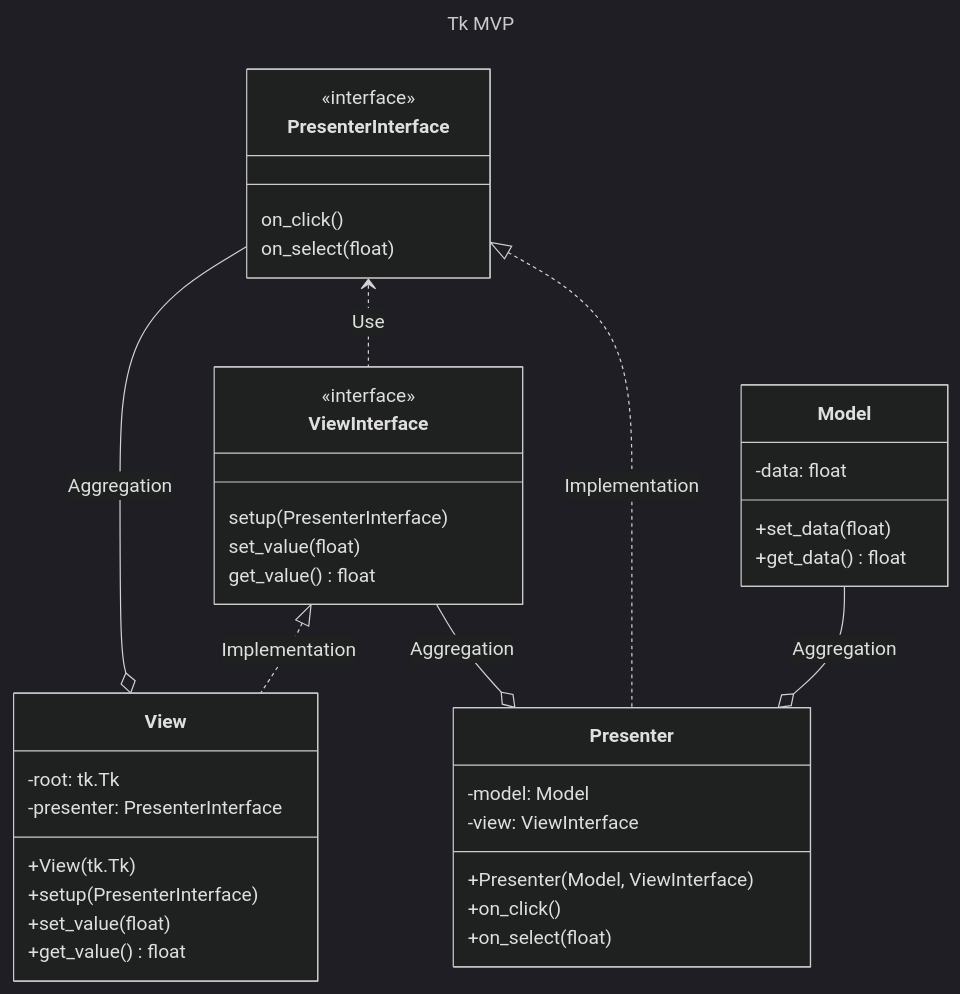
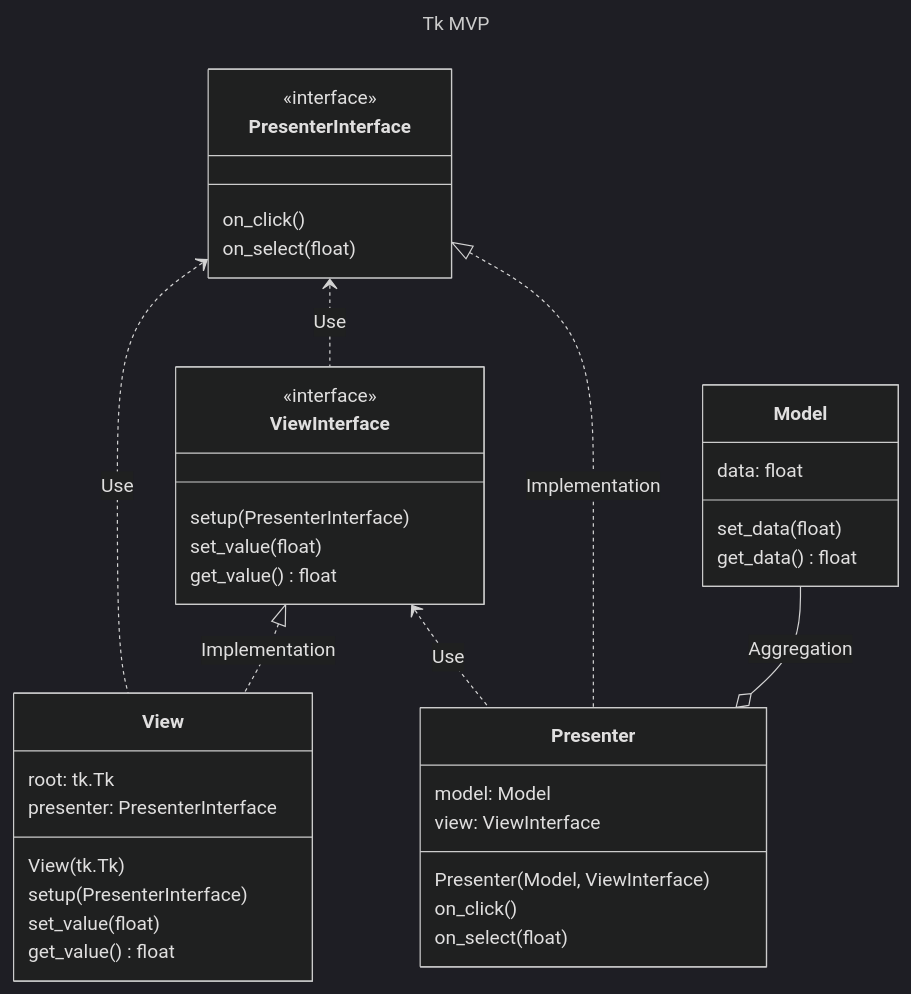
Before and after one commit to ziteh/python-tk-mvp: the diagram in README.md, drawn with Mermaid (dark theme).

````diff
--- a/README.md
+++ b/README.md
@@ -13,48 +13,48 @@
 ```mermaid
 ---
 title: Tk MVP
 ---
 classDiagram
     direction TB
 
     class PresenterInterface {
         <<interface>>
         on_click()
         on_select(float)
     }
     class Presenter {
-        -model: Model
-        -view: ViewInterface
-        +Presenter(Model, ViewInterface)
-        +on_click()
-        +on_select(float)
+        model: Model
+        view: ViewInterface
+        Presenter(Model, ViewInterface)
+        on_click()
+        on_select(float)
     }
 
     class ViewInterface {
         <<interface>>
         setup(PresenterInterface)
         set_value(float)
         get_value() float
     }
     class View {
-        -root: tk.Tk
-        -presenter: PresenterInterface
-        +View(tk.Tk)
-        +setup(PresenterInterface)
-        +set_value(float)
-        +get_value() float 
+        root: tk.Tk
+        presenter: PresenterInterface
+        View(tk.Tk)
+        setup(PresenterInterface)
+        set_value(float)
+        get_value() float 
     }
 
     class Model {
-        -data: float
-        +set_data(float)
-        +get_data() float
+        data: float
+        set_data(float)
+        get_data() float
     }
 
-    PresenterInterface --o View : Aggregation
+    PresenterInterface <.. View : Use
     ViewInterface <|.. View : Implementation
-    ViewInterface --o Presenter : Aggregation
+    ViewInterface <.. Presenter : Use
     PresenterInterface <.. ViewInterface : Use
     PresenterInterface <|.. Presenter : Implementation
     Model --o Presenter : Aggregation
 ```
````
